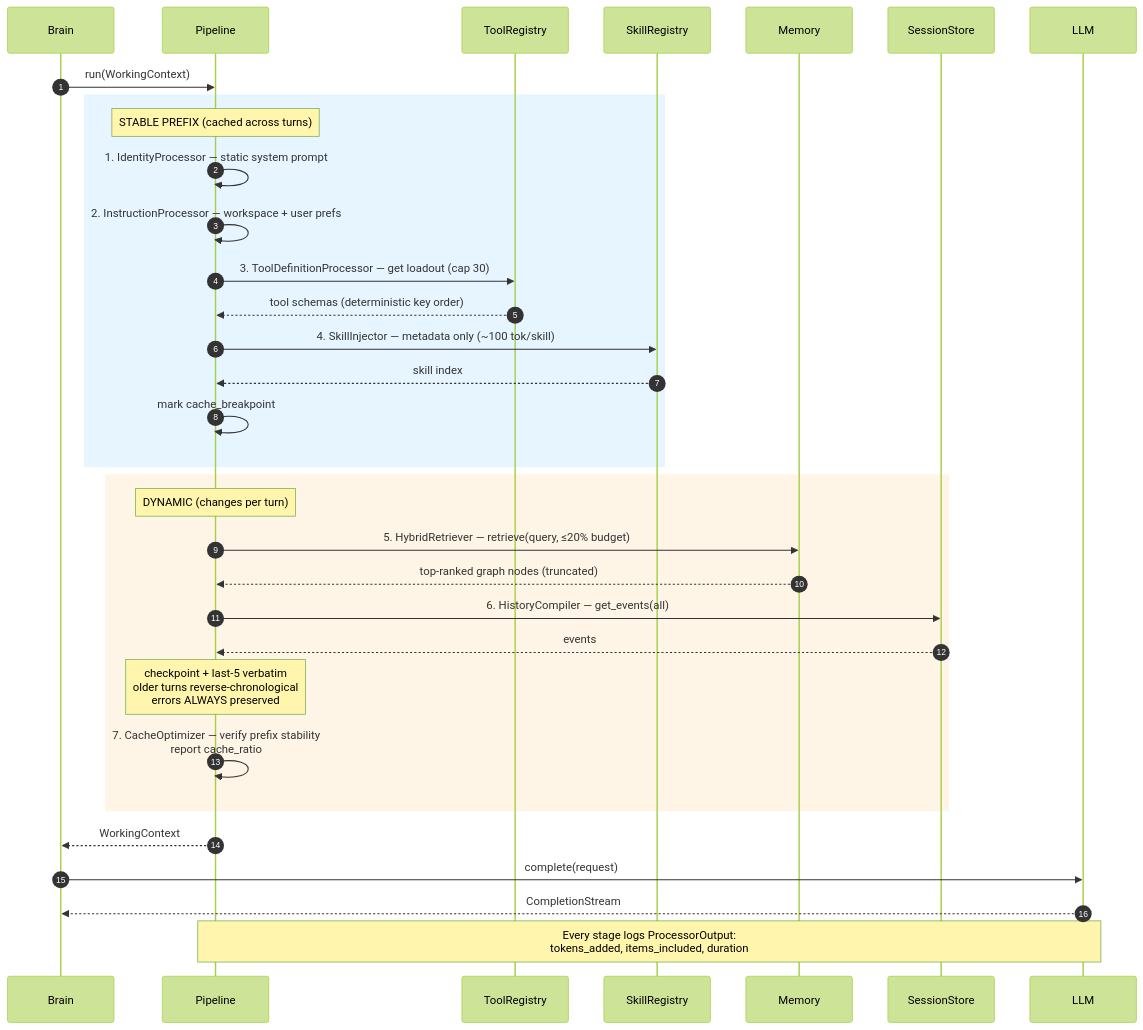
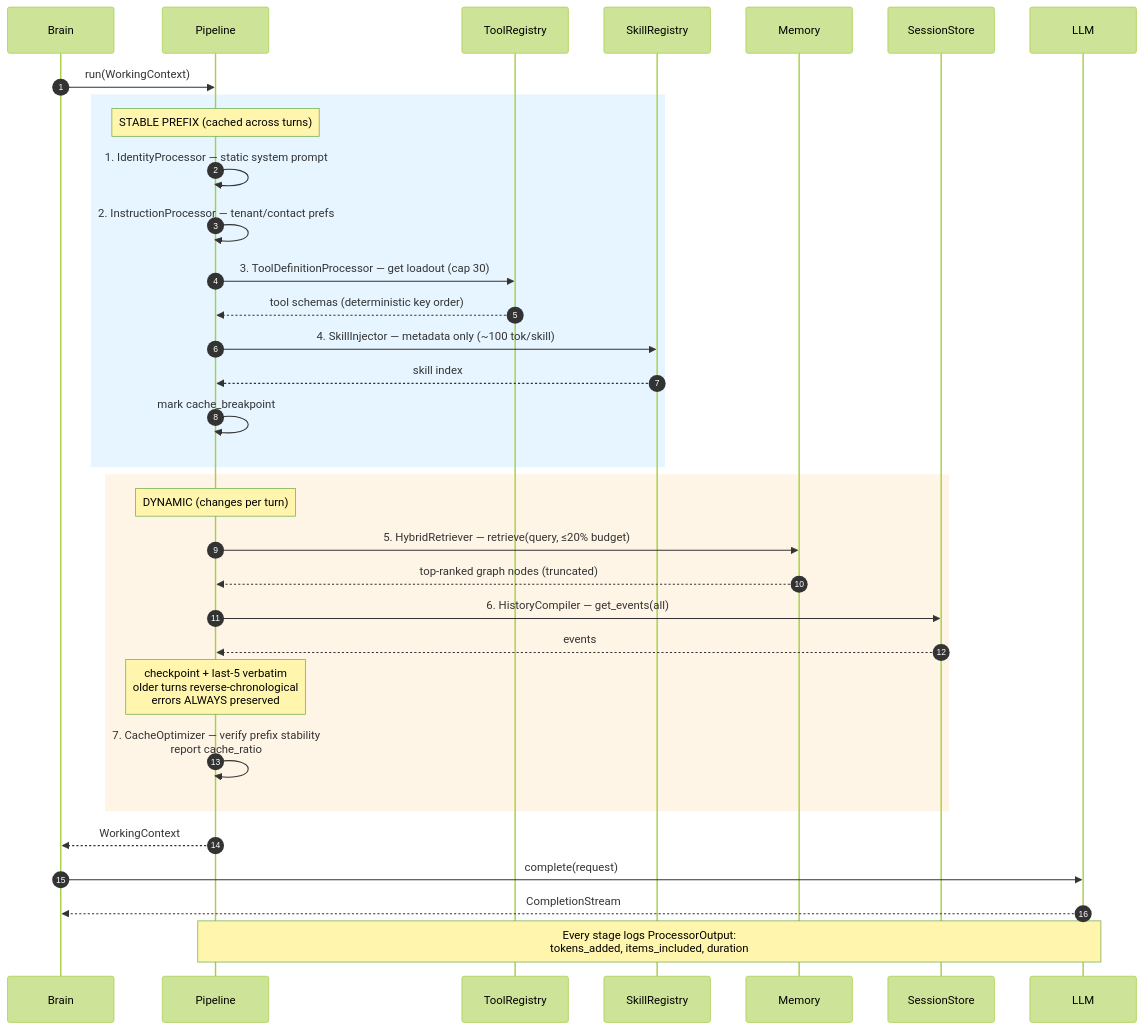
One commit to hwuiwon/moa changed the third of 14 diagrams in sequence-diagrams.md. Above: the diagram before and after it, drawn with Mermaid (forest theme). The commit also changed other lines of this file and 355 other files, not shown here.

Commit message:
tenant first workspace cleanup

````diff
--- a/sequence-diagrams.md
+++ b/sequence-diagrams.md
@@ -140,40 +140,40 @@
 ```mermaid
 sequenceDiagram
     autonumber
     participant Brain
     participant Pipe as Pipeline
     participant Tools as ToolRegistry
     participant Skills as SkillRegistry
     participant Memory
     participant Log as SessionStore
     participant LLM
 
     Brain->>Pipe: run(WorkingContext)
 
     rect rgb(230, 245, 255)
         Note over Pipe: STABLE PREFIX (cached across turns)
         Pipe->>Pipe: 1. IdentityProcessor — static system prompt
-        Pipe->>Pipe: 2. InstructionProcessor — workspace + user prefs
+        Pipe->>Pipe: 2. InstructionProcessor — tenant/contact prefs
         Pipe->>Tools: 3. ToolDefinitionProcessor — get loadout (cap 30)
         Tools-->>Pipe: tool schemas (deterministic key order)
         Pipe->>Skills: 4. SkillInjector — metadata only (~100 tok/skill)
         Skills-->>Pipe: skill index
         Pipe->>Pipe: mark cache_breakpoint
     end
 
     rect rgb(255, 245, 230)
         Note over Pipe: DYNAMIC (changes per turn)
         Pipe->>Memory: 5. HybridRetriever — retrieve(query, ≤20% budget)
         Memory-->>Pipe: top-ranked graph nodes (truncated)
         Pipe->>Log: 6. HistoryCompiler — get_events(all)
         Log-->>Pipe: events
         Note over Pipe: checkpoint + last-5 verbatim<br/>older turns reverse-chronological<br/>errors ALWAYS preserved
         Pipe->>Pipe: 7. CacheOptimizer — verify prefix stability<br/>report cache_ratio
     end
 
     Pipe-->>Brain: WorkingContext
     Brain->>LLM: complete(request)
     LLM-->>Brain: CompletionStream
 
     Note over Pipe,LLM: Every stage logs ProcessorOutput:<br/>tokens_added, items_included, duration
 ```
````
